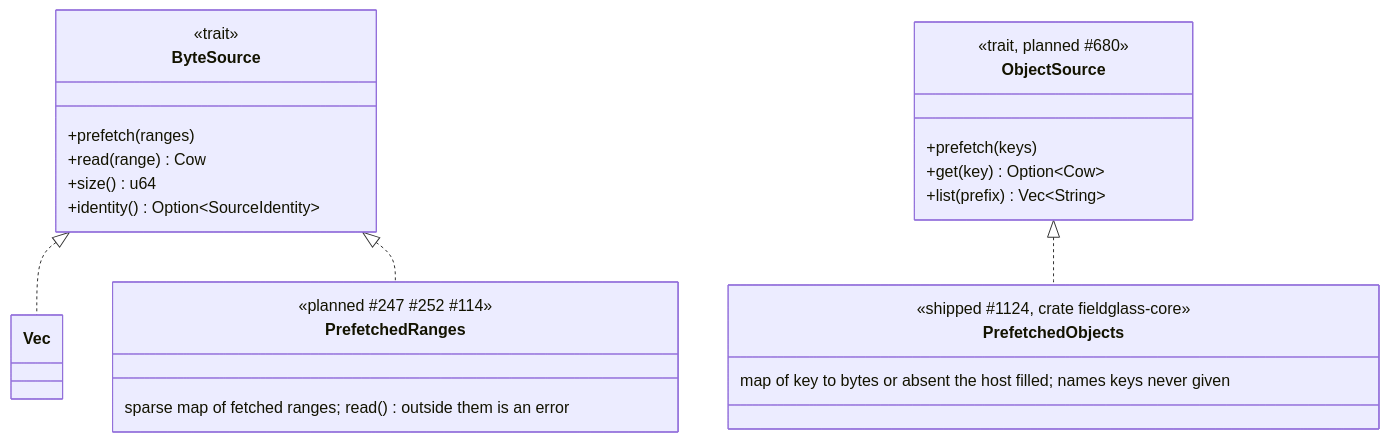
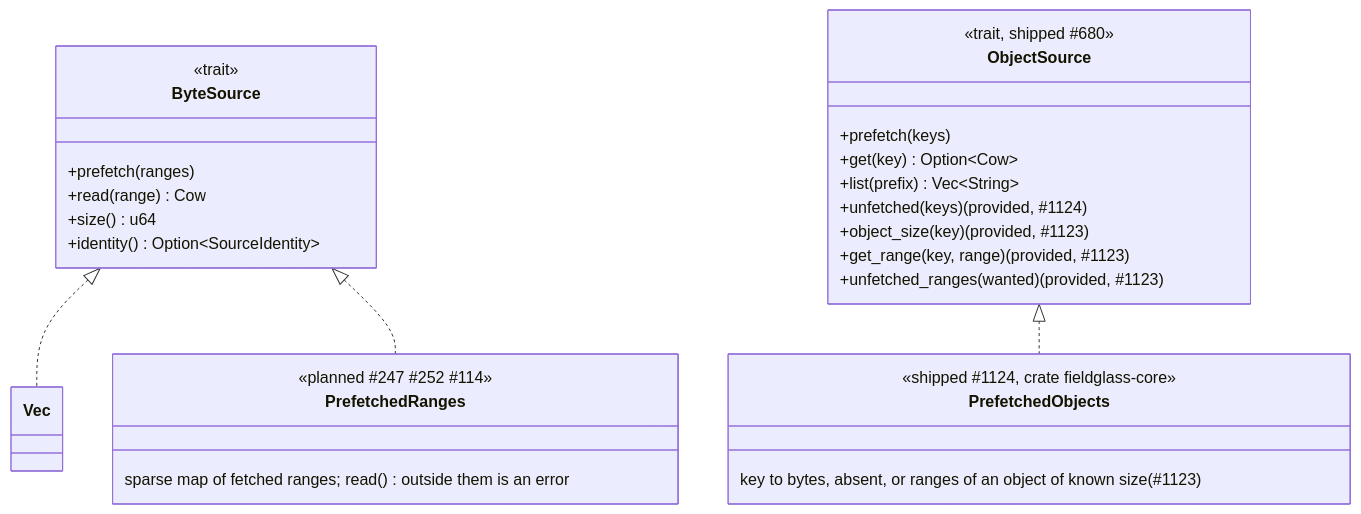
Before and after one commit to D0ubleD0uble/fieldglass: the third of 6 diagrams in docs/architecture/planned/02-trait-seams.md, drawn with Mermaid. The commit also changed other lines of this file and 5 other files, not shown here.

First line of the commit message:
docs: a shard's size from HEAD, zero-length entries, and the planned seams

````diff
--- a/docs/architecture/planned/02-trait-seams.md
+++ b/docs/architecture/planned/02-trait-seams.md
@@ -204,27 +213,31 @@
 ```mermaid
 classDiagram
     class ByteSource {
         <<trait>>
         +prefetch(ranges)
         +read(range) Cow
         +size() u64
         +identity() Option~SourceIdentity~
     }
     class ObjectSource {
-        <<trait, planned #680>>
+        <<trait, shipped #680>>
         +prefetch(keys)
         +get(key) Option~Cow~
         +list(prefix) Vec~String~
+        +unfetched(keys) (provided, #1124)
+        +object_size(key) (provided, #1123)
+        +get_range(key, range) (provided, #1123)
+        +unfetched_ranges(wanted) (provided, #1123)
     }
     class PrefetchedRanges {
         <<planned #247 #252 #114>>
         sparse map of fetched ranges; read() outside them is an error
     }
     class PrefetchedObjects {
         <<shipped #1124, crate fieldglass-core>>
-        map of key to bytes or absent the host filled; names keys never given
+        key to bytes, absent, or ranges of an object of known size (#1123)
     }
     ByteSource <|.. Vec
     ByteSource <|.. PrefetchedRanges
     ObjectSource <|.. PrefetchedObjects
 ```
````
